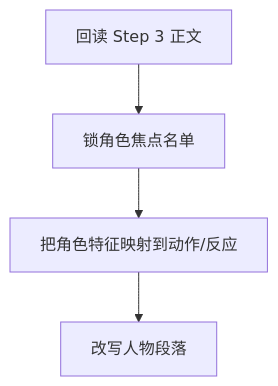
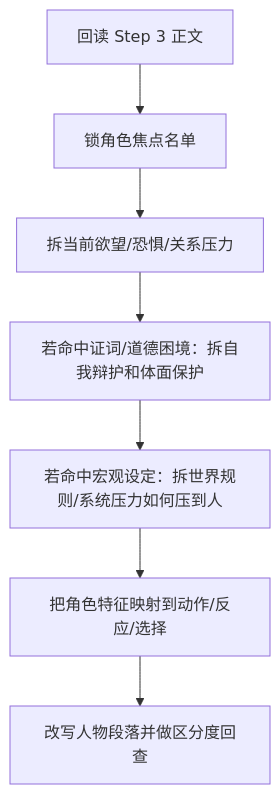
Before and after one commit to ZEN-VOID/AI-CUT: the diagram in .agents/skills/story/3-Drafting/4-角色形象刻画/SKILL.md, drawn with Mermaid. The commit also changed other lines of this file and 184 other files, not shown here.

````diff
--- a/.agents/skills/story/3-Drafting/4-角色形象刻画/SKILL.md
+++ b/.agents/skills/story/3-Drafting/4-角色形象刻画/SKILL.md
@@ -85,6 +106,9 @@
 ```mermaid
 flowchart TD
     A["回读 Step 3 正文"] --> B["锁角色焦点名单"]
-    B --> C["把角色特征映射到动作/反应"]
-    C --> D["改写人物段落"]
+    B --> C["拆当前欲望/恐惧/关系压力"]
+    C --> D["若命中证词/道德困境：拆自我辩护和体面保护"]
+    D --> E["若命中宏观设定：拆世界规则/系统压力如何压到人"]
+    E --> F["把角色特征映射到动作/反应/选择"]
+    F --> G["改写人物段落并做区分度回查"]
 ```
````
